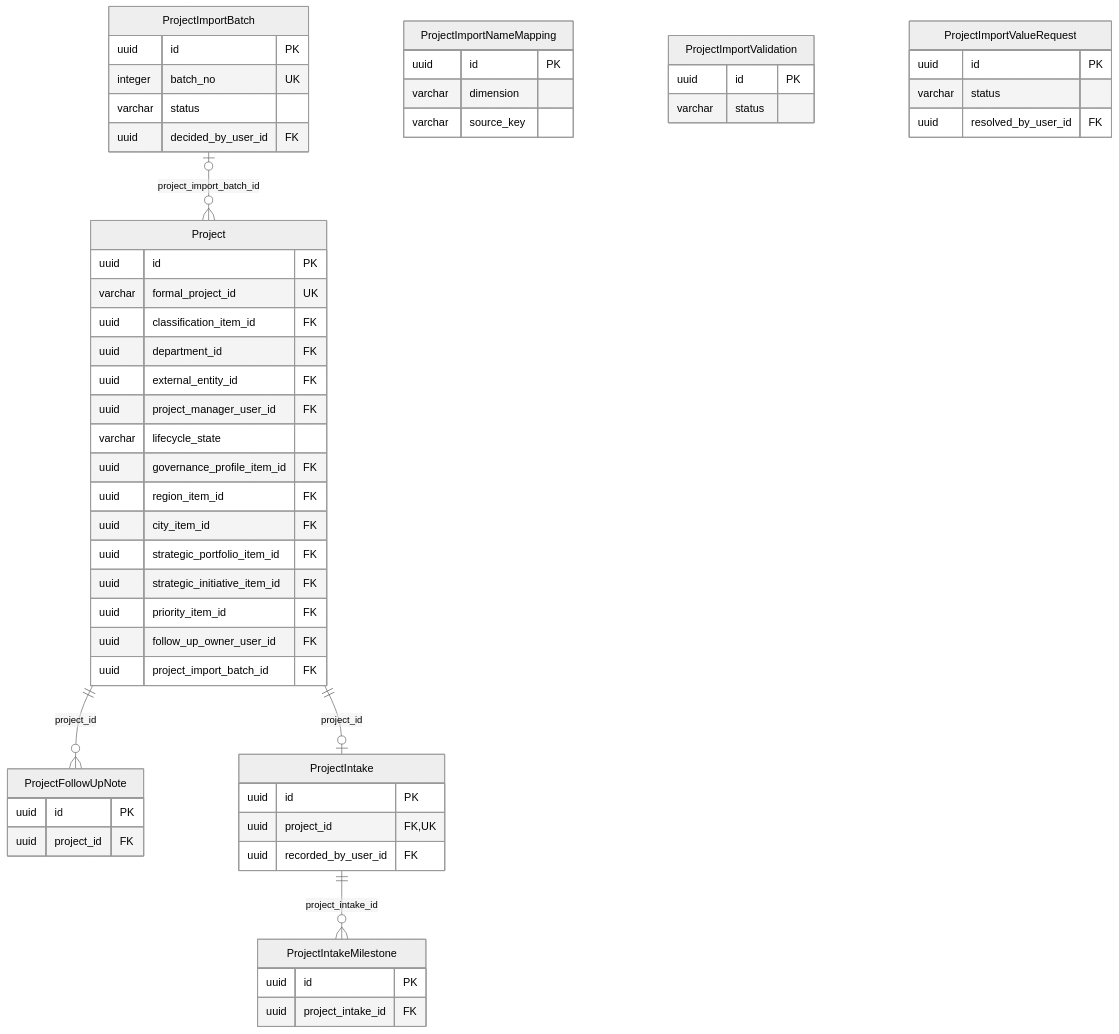
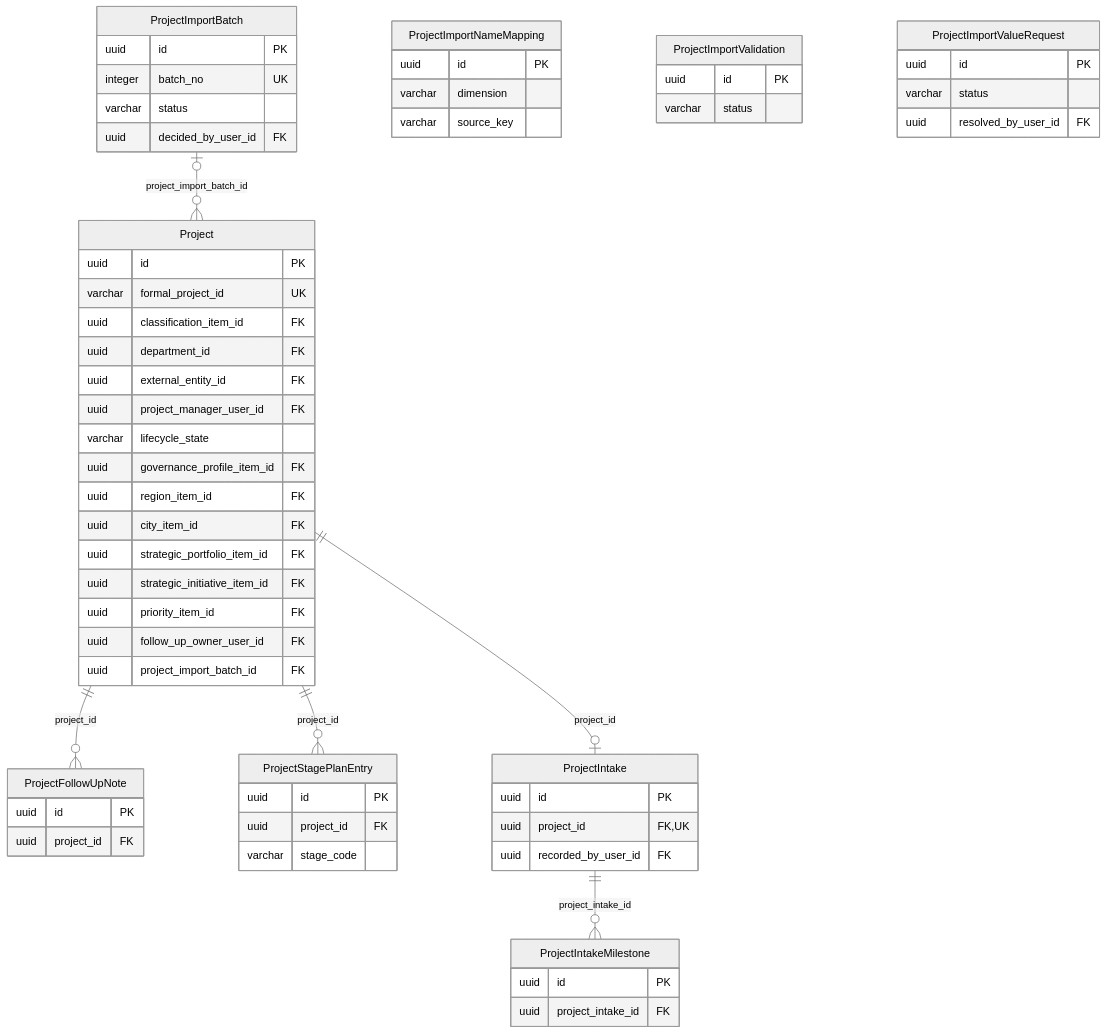
One commit to baderalhindi/ImplementW changed the fourth of 22 diagrams in docs/architecture/erd.md. Above: the diagram before and after it, drawn with Mermaid (neutral theme). The commit also changed other lines of this file and 56 other files, not shown here.

````diff
--- a/docs/architecture/erd.md
+++ b/docs/architecture/erd.md
@@ -441,57 +441,63 @@
 ```mermaid
 erDiagram
     Project {
         uuid id PK
         varchar formal_project_id UK
         uuid classification_item_id FK
         uuid department_id FK
         uuid external_entity_id FK
         uuid project_manager_user_id FK
         varchar lifecycle_state
         uuid governance_profile_item_id FK
         uuid region_item_id FK
         uuid city_item_id FK
         uuid strategic_portfolio_item_id FK
         uuid strategic_initiative_item_id FK
         uuid priority_item_id FK
         uuid follow_up_owner_user_id FK
         uuid project_import_batch_id FK
     }
     ProjectFollowUpNote {
         uuid id PK
         uuid project_id FK
+    }
+    ProjectStagePlanEntry {
+        uuid id PK
+        uuid project_id FK
+        varchar stage_code
     }
     ProjectImportBatch {
         uuid id PK
         integer batch_no UK
         varchar status
         uuid decided_by_user_id FK
     }
     ProjectImportNameMapping {
         uuid id PK
         varchar dimension
         varchar source_key
     }
     ProjectImportValidation {
         uuid id PK
         varchar status
     }
     ProjectImportValueRequest {
         uuid id PK
         varchar status
         uuid resolved_by_user_id FK
     }
     ProjectIntake {
         uuid id PK
         uuid project_id FK, UK
         uuid recorded_by_user_id FK
     }
     ProjectIntakeMilestone {
         uuid id PK
         uuid project_intake_id FK
     }
     Project ||--o| ProjectIntake : "project_id"
     ProjectIntake ||--o{ ProjectIntakeMilestone : "project_intake_id"
     Project ||--o{ ProjectFollowUpNote : "project_id"
+    Project ||--o{ ProjectStagePlanEntry : "project_id"
     ProjectImportBatch |o--o{ Project : "project_import_batch_id"
 ```
````
